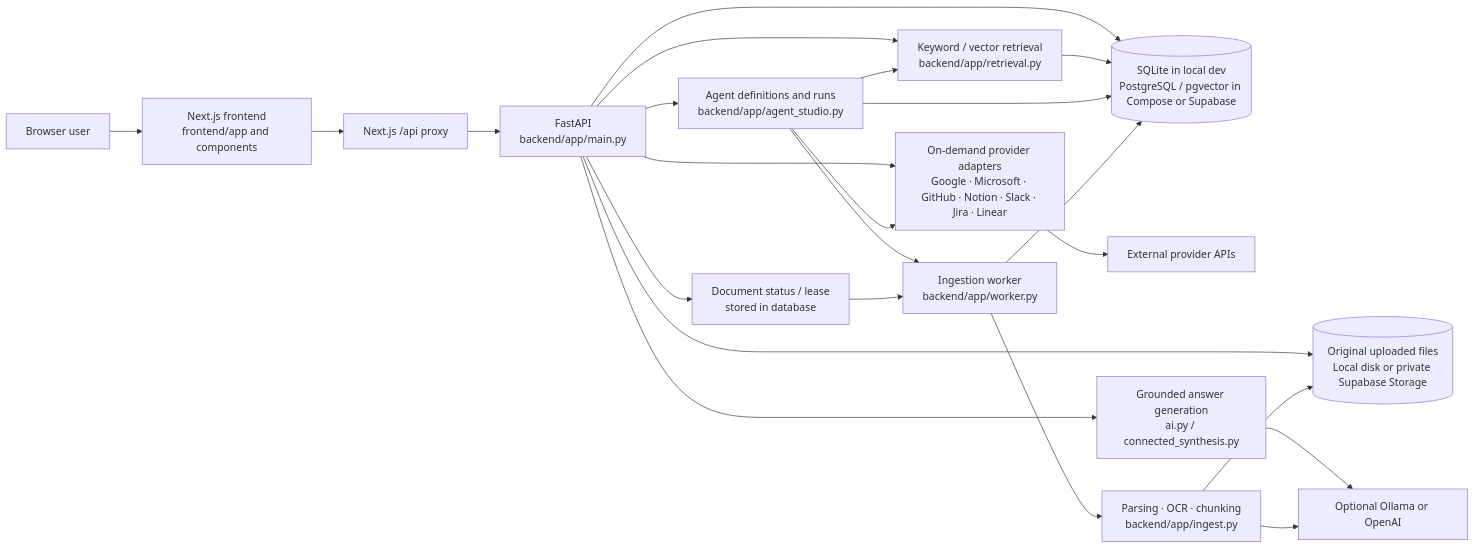
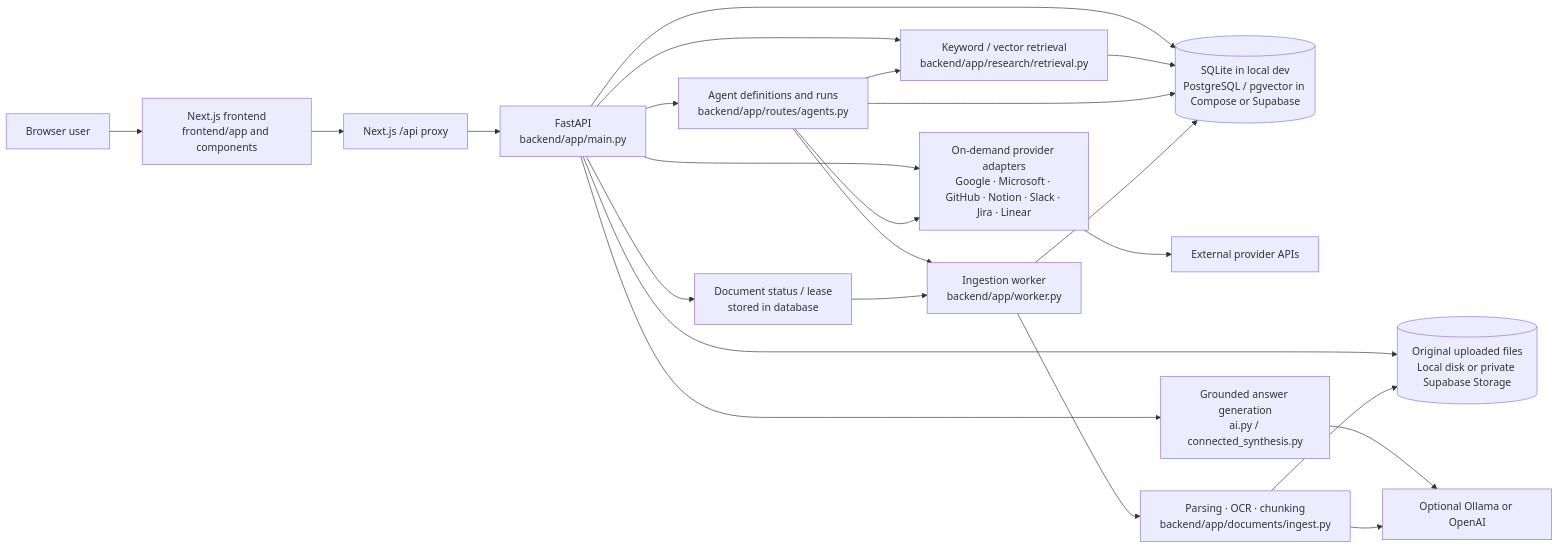
The first of 5 diagrams in README.md (srbmaury/Atlas), drawn with Mermaid before and after one commit. The commit also changed other lines of this file and 141 other files, not shown here.

````diff
--- a/README.md
+++ b/README.md
@@ -17,25 +17,25 @@
 ```mermaid
 flowchart LR
   User["Browser user"] --> UI["Next.js frontend<br/>frontend/app and components"]
   UI --> Proxy["Next.js /api proxy"]
   Proxy --> API["FastAPI<br/>backend/app/main.py"]
   API --> DB[("SQLite in local dev<br/>PostgreSQL / pgvector in Compose or Supabase")]
   API --> Files[("Original uploaded files<br/>Local disk or private Supabase Storage")]
   API --> Conn["On-demand provider adapters<br/>Google · Microsoft · GitHub · Notion · Slack · Jira · Linear"]
   Conn --> Providers["External provider APIs"]
-  API --> Retrieval["Keyword / vector retrieval<br/>backend/app/retrieval.py"]
+  API --> Retrieval["Keyword / vector retrieval<br/>backend/app/research/retrieval.py"]
   Retrieval --> DB
   API --> Synthesis["Grounded answer generation<br/>ai.py / connected_synthesis.py"]
   Synthesis --> Model["Optional Ollama or OpenAI"]
-  API --> Agents["Agent definitions and runs<br/>backend/app/agent_studio.py"]
+  API --> Agents["Agent definitions and runs<br/>backend/app/routes/agents.py"]
   Agents --> DB
   Agents --> Conn
   Agents --> Retrieval
   Agents --> Worker
   API --> Queue["Document status / lease<br/>stored in database"]
   Queue --> Worker["Ingestion worker<br/>backend/app/worker.py"]
-  Worker --> Parser["Parsing · OCR · chunking<br/>backend/app/ingest.py"]
+  Worker --> Parser["Parsing · OCR · chunking<br/>backend/app/documents/ingest.py"]
   Parser --> Files
   Parser --> Model
   Worker --> DB
 ```
````
